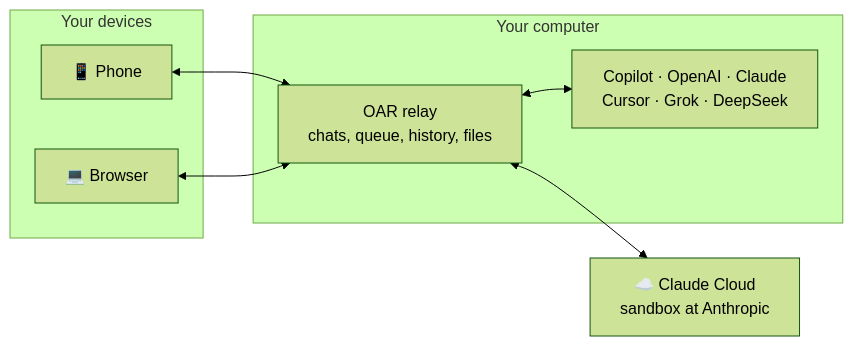
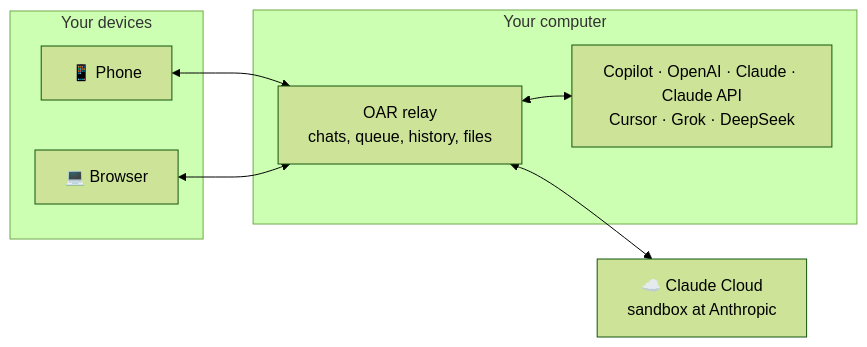
Before and after one commit to oar-sh/oar: the first of 3 diagrams in README.md, drawn with Mermaid (forest theme). The commit also changed other lines of this file and 219 other files, not shown here.

````diff
--- a/README.md
+++ b/README.md
@@ -22,16 +22,16 @@
 ```mermaid
 flowchart LR
   subgraph devices["Your devices"]
     phone["📱 Phone"]
     browser["💻 Browser"]
   end
   subgraph host["Your computer"]
     relay["OAR relay<br/>chats, queue, history, files"]
-    agents["Copilot · OpenAI · Claude<br/>Cursor · Grok · DeepSeek"]
+    agents["Copilot · OpenAI · Claude · Claude API<br/>Cursor · Grok · DeepSeek"]
   end
   cloud["☁️ Claude Cloud<br/>sandbox at Anthropic"]
   phone <--> relay
   browser <--> relay
   relay <--> agents
   relay <--> cloud
 ```
````
